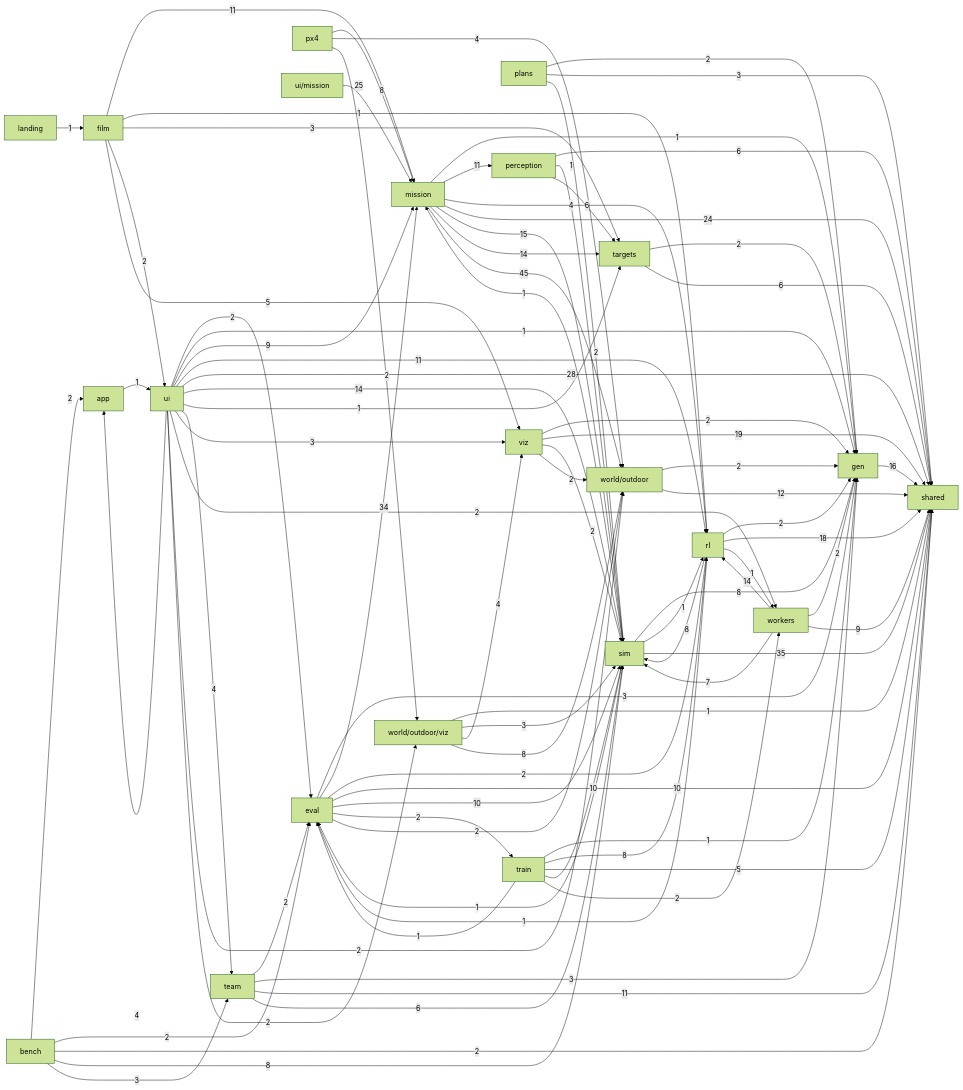
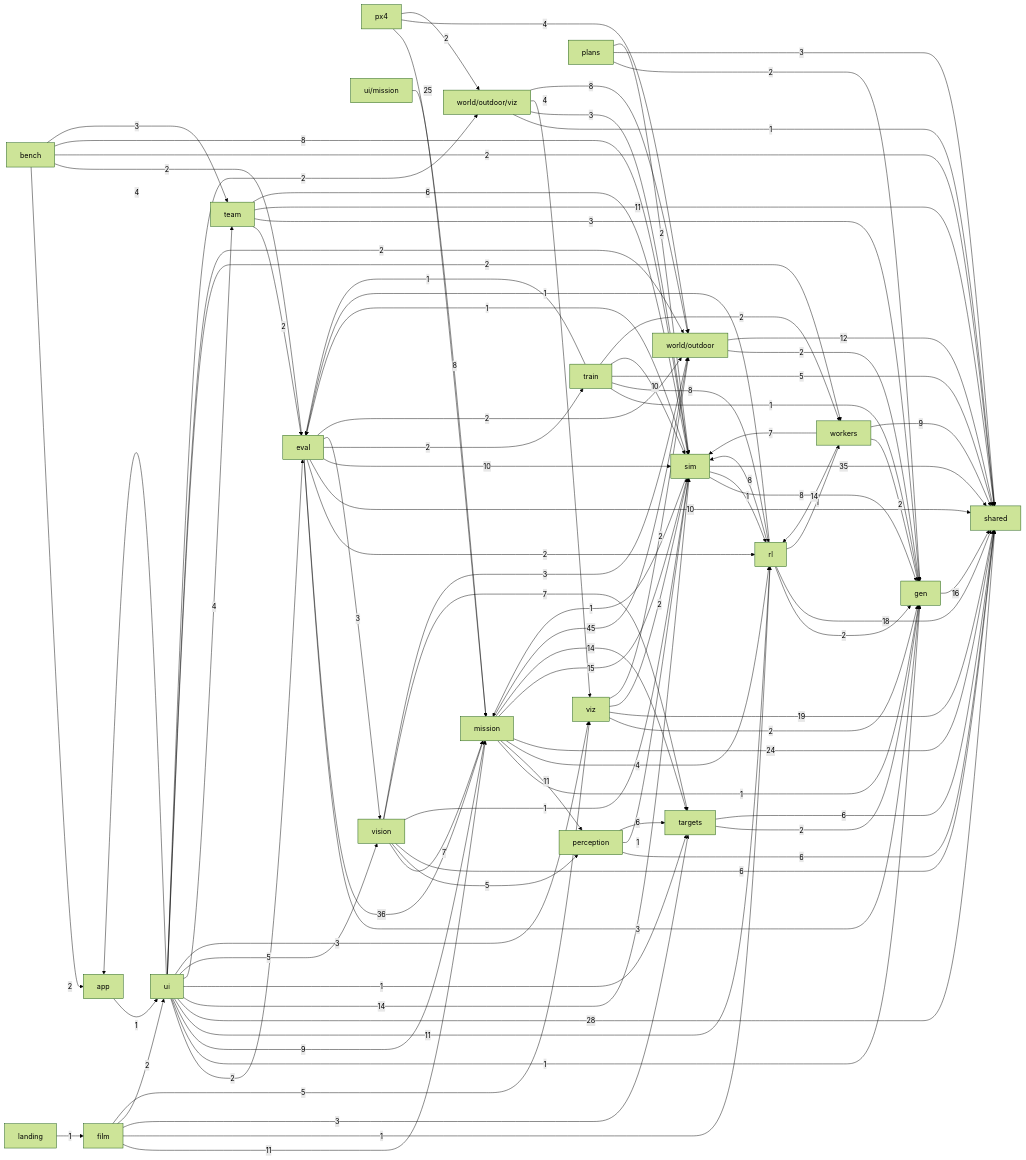
Before and after one commit to alexnieves-cs/frontier-fly: the second of 2 diagrams in docs/ARCHITECTURE.md, drawn with Mermaid (forest theme). The commit also changed other lines of this file and 40 other files, not shown here.

```diff
--- a/docs/ARCHITECTURE.md
+++ b/docs/ARCHITECTURE.md
@@ -94,6 +94,7 @@
   train["train"]
   ui["ui"]
   ui_mission["ui/mission"]
+  vision["vision"]
   viz["viz"]
   workers["workers"]
   world_outdoor["world/outdoor"]
@@ -105,11 +106,12 @@
   bench -->|8| sim
   bench -->|3| team
   eval -->|3| gen
-  eval -->|34| mission
+  eval -->|36| mission
   eval -->|2| rl
   eval -->|10| shared
   eval -->|10| sim
   eval -->|2| train
+  eval -->|3| vision
   eval -->|2| world_outdoor
   film -->|11| mission
   film -->|1| rl
@@ -166,10 +168,17 @@
   ui -->|14| sim
   ui -->|1| targets
   ui -->|4| team
+  ui -->|5| vision
   ui -->|3| viz
   ui -->|2| workers
   ui -->|2| world_outdoor
   ui -->|2| world_outdoor_viz
+  vision -->|7| mission
+  vision -->|5| perception
+  vision -->|6| shared
+  vision -->|1| sim
+  vision -->|7| targets
+  vision -->|3| world_outdoor
   viz -->|2| gen
   viz -->|19| shared
   viz -->|2| sim
```
